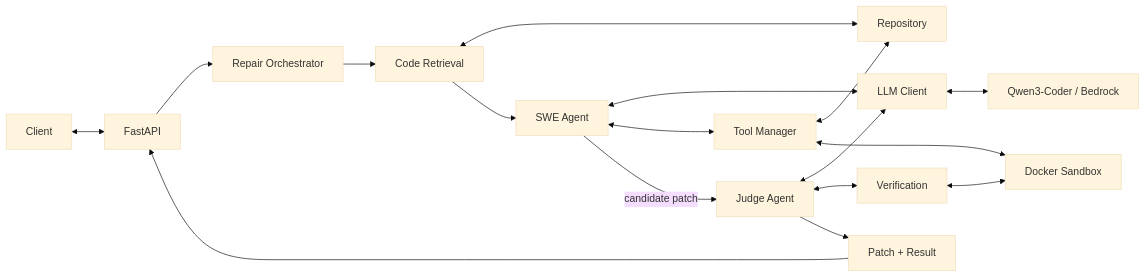
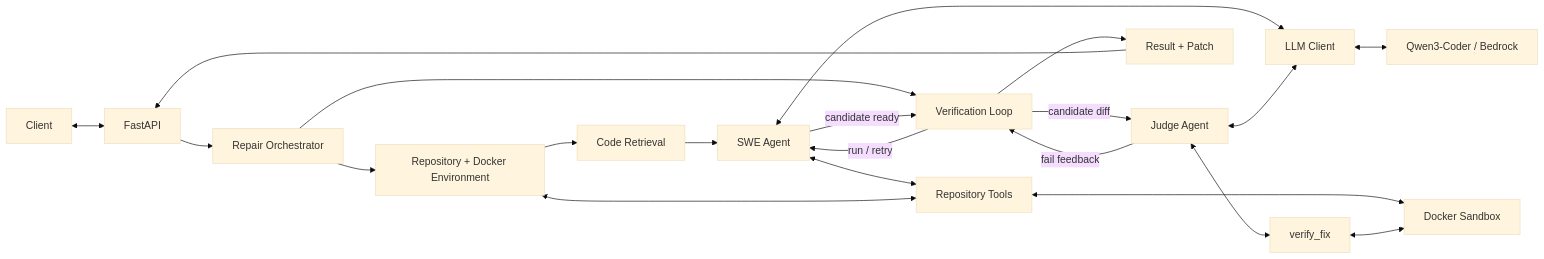
The diagram in README.md (mpopov576/swe_agent), drawn with Mermaid (base theme) before and after one commit.

````diff
--- a/README.md
+++ b/README.md
@@ -14,25 +14,30 @@
 ```mermaid
 flowchart LR
     Client[Client] <--> API[FastAPI]
     API --> Orchestrator[Repair Orchestrator]
 
-    Orchestrator --> Context[Code Retrieval]
-    Context <--> Repo[Repository]
+    Orchestrator --> Repo[Repository + Docker Environment]
+    Orchestrator --> Loop[Verification Loop]
 
+    Repo --> Context[Code Retrieval]
     Context --> Agent[SWE Agent]
+    Loop -->|run / retry| Agent
 
     Agent <--> LLM[LLM Client]
     LLM <--> Model[Qwen3-Coder / Bedrock]
 
-    Agent <--> Tools[Tool Manager]
+    Agent <--> Tools[Repository Tools]
     Tools <--> Repo
-    Tools <--> Sandbox[Docker Sandbox]
+    Tools <--> Docker[Docker Sandbox]
 
-    Agent -->|candidate patch| Judge[Judge Agent]
+    Agent -->|candidate ready| Loop
+    Loop -->|candidate diff| Judge[Judge Agent]
+
     Judge <--> LLM
-    Judge <--> Verify[Verification]
-    Verify <--> Sandbox
+    Judge <--> Verify[verify_fix]
+    Verify <--> Docker
 
-    Judge --> Result[Patch + Result]
+    Judge -->|fail feedback| Loop
+    Loop --> Result[Result + Patch]
     Result --> API
 ```
````
